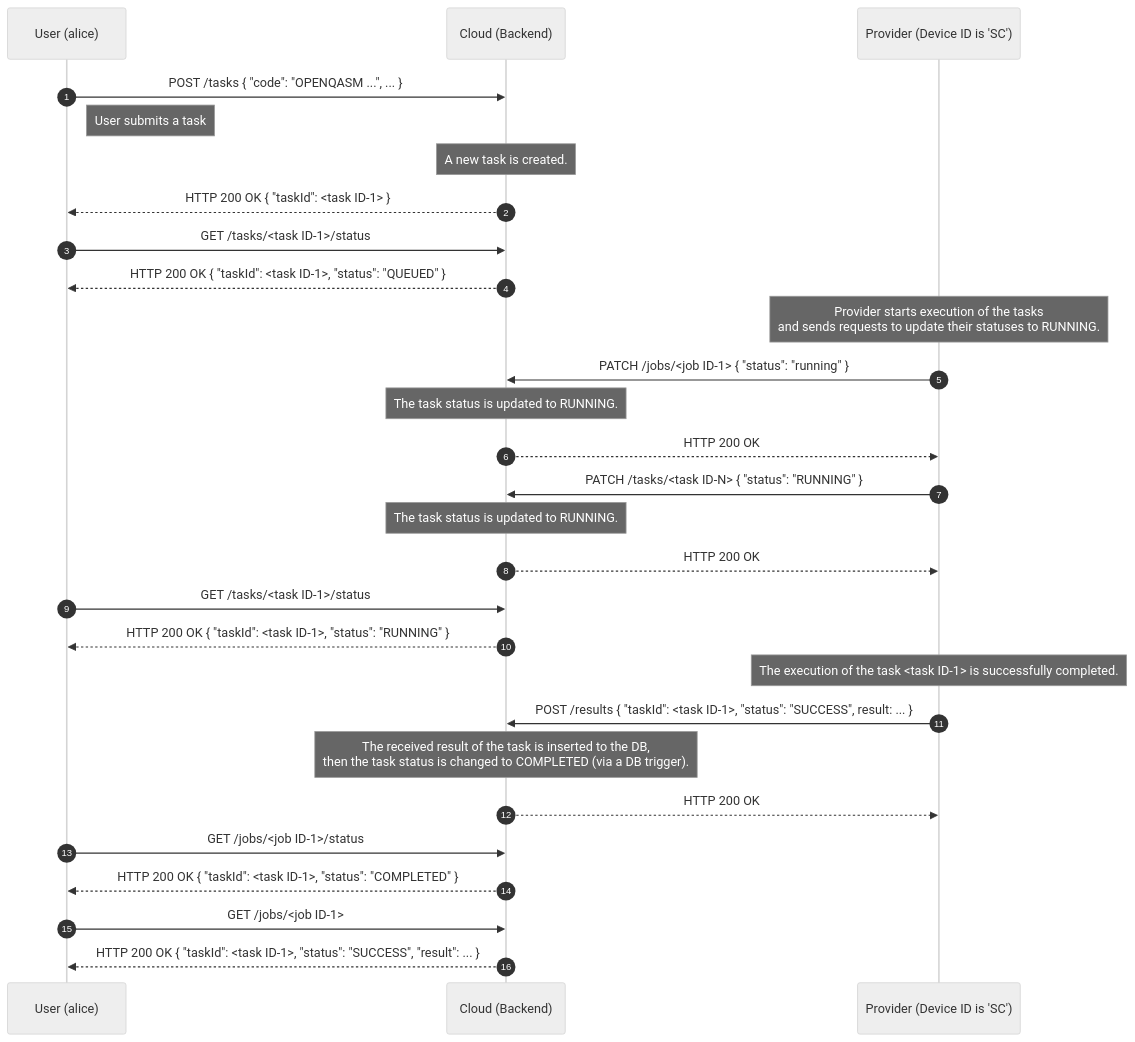
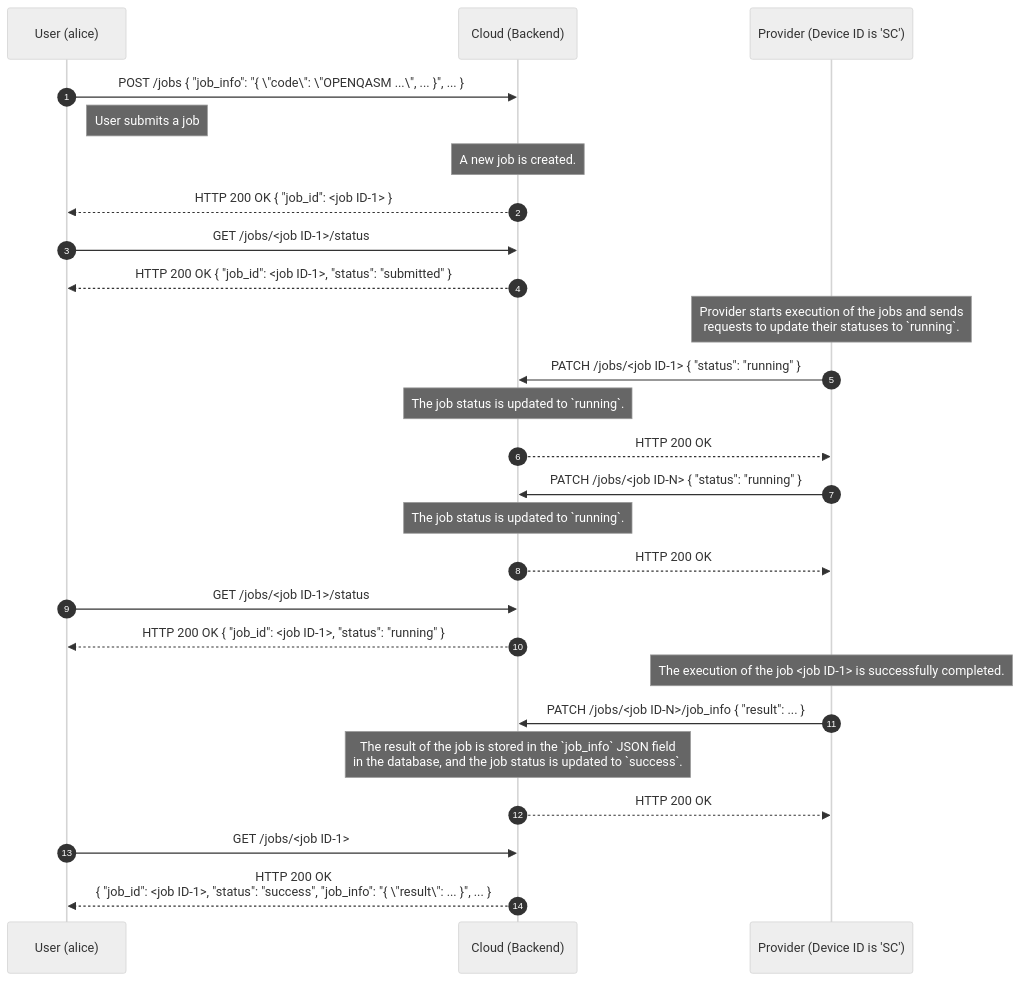
Before and after one commit to oqtopus-team/oqtopus-cloud: the first of 3 diagrams in docs/en/architecture/sequence_diagram.md, drawn with Mermaid (neutral theme). The commit also changed other lines of this file and 4 other files, not shown here.

Commit message:
docs: Fix job sequence diagram

````diff
--- a/docs/en/architecture/sequence_diagram.md
+++ b/docs/en/architecture/sequence_diagram.md
@@ -16,38 +11,36 @@
 ```mermaid
 sequenceDiagram
     autonumber
     participant User as User (alice)
     participant Cloud as Cloud (Backend)
     participant Provider as Provider (Device ID is 'SC')
 
-    User->>Cloud: POST /tasks { "code": "OPENQASM ...", ... }
-    Note right of User: User submits a task
-    Note over Cloud: A new task is created.
-    Cloud-->>User: HTTP 200 OK { "taskId": <task ID-1> }
+    User->>Cloud: POST /jobs { "job_info": "{ \"code\": \"OPENQASM ...\", ... }", ... }
+    Note right of User: User submits a job
+    Note over Cloud: A new job is created.
+    Cloud-->>User: HTTP 200 OK { "job_id": <job ID-1> }
 
-    User->>Cloud: GET /tasks/<task ID-1>/status
-    Cloud-->>User: HTTP 200 OK { "taskId": <task ID-1>, "status": "QUEUED" }
+    User->>Cloud: GET /jobs/<job ID-1>/status
+    Cloud-->>User: HTTP 200 OK { "job_id": <job ID-1>, "status": "submitted" }
 
-    Note over Provider: Provider starts execution of the tasks<br>and sends requests to update their statuses to RUNNING.
+    Note over Provider: Provider starts execution of the jobs and sends <br/>  requests to update their statuses to `running`.
     Provider->>Cloud: PATCH /jobs/<job ID-1> { "status": "running" }
-    Note over Cloud: The task status is updated to RUNNING.
+    Note over Cloud: The job status is updated to `running`.
     Cloud-->>Provider: HTTP 200 OK
 
-    Provider->>Cloud: PATCH /tasks/<task ID-N> { "status": "RUNNING" }
-    Note over Cloud: The task status is updated to RUNNING.
-    Cloud-->>Provider: HTTP 200 OK
-
-    User->>Cloud: GET /tasks/<task ID-1>/status
-    Cloud-->>User: HTTP 200 OK { "taskId": <task ID-1>, "status": "RUNNING" }
-    Note over Provider: The execution of the task <task ID-1> is successfully completed.
-    Provider->>Cloud: POST /results { "taskId": <task ID-1>, "status": "SUCCESS", result: ... }
-
-    Note over Cloud: The received result of the task is inserted to the DB,<br> then the task status is changed to COMPLETED (via a DB trigger).
+    Provider->>Cloud: PATCH /jobs/<job ID-N> { "status": "running" }
+    Note over Cloud: The job status is updated to `running`.
     Cloud-->>Provider: HTTP 200 OK
 
     User->>Cloud: GET /jobs/<job ID-1>/status
-    Cloud-->>User: HTTP 200 OK { "taskId": <task ID-1>, "status": "COMPLETED" }
+    Cloud-->>User: HTTP 200 OK { "job_id": <job ID-1>, "status": "running" }
+
+    Note over Provider: The execution of the job <job ID-1> is successfully completed.
+    Provider->>Cloud: PATCH /jobs/<job ID-N>/job_info { "result": ... }
+
+    Note over Cloud: The result of the job is stored in the `job_info` JSON field<br /> in the database, and the job status is updated to `success`.
+    Cloud-->>Provider: HTTP 200 OK
 
     User->>Cloud: GET /jobs/<job ID-1>
-    Cloud-->>User: HTTP 200 OK { "taskId": <task ID-1>, "status": "SUCCESS", "result": ... }
+    Cloud-->>User: HTTP 200 OK <br>{ "job_id": <job ID-1>, "status": "success", "job_info": "{ \"result\": ... }", ... } 
 ```
````
